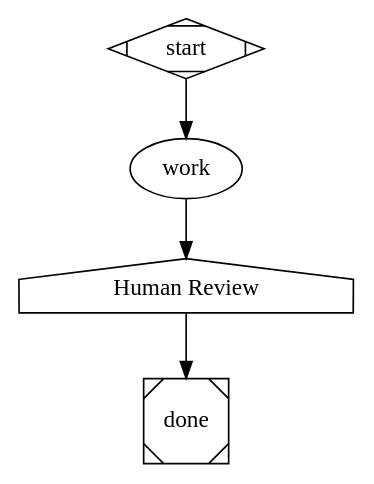
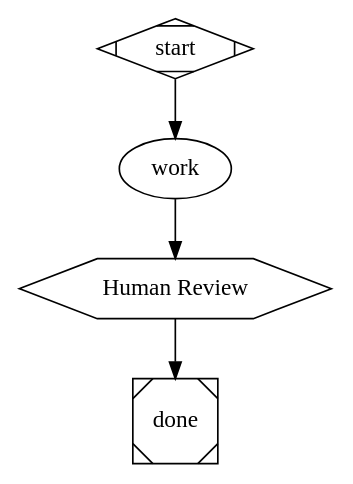
Before and after one commit to elykhodges-png/amplifier-bundle-attractor: the sixth of 7 diagrams in docs/DOT-SYNTAX.md, drawn with Graphviz. The commit also changed other lines of this file and 1 other file, not shown here.

````diff
--- a/docs/DOT-SYNTAX.md
+++ b/docs/DOT-SYNTAX.md
@@ -130,8 +131,8 @@
 ```dot
 digraph {
     start [shape=Mdiamond]; done [shape=Msquare]
     work [prompt="$goal"]
-    review [shape=house, label="Human Review"]
+    review [shape=hexagon, label="Human Review"]
     start -> work -> review -> done
 }
 ```
````
